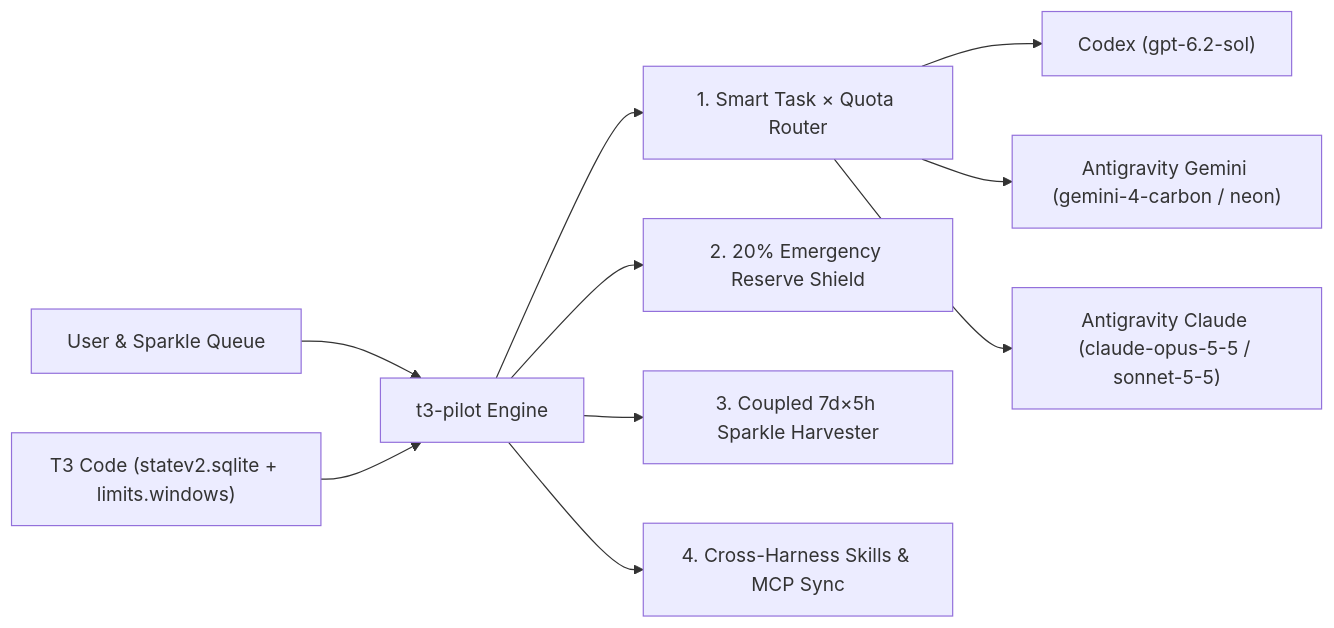
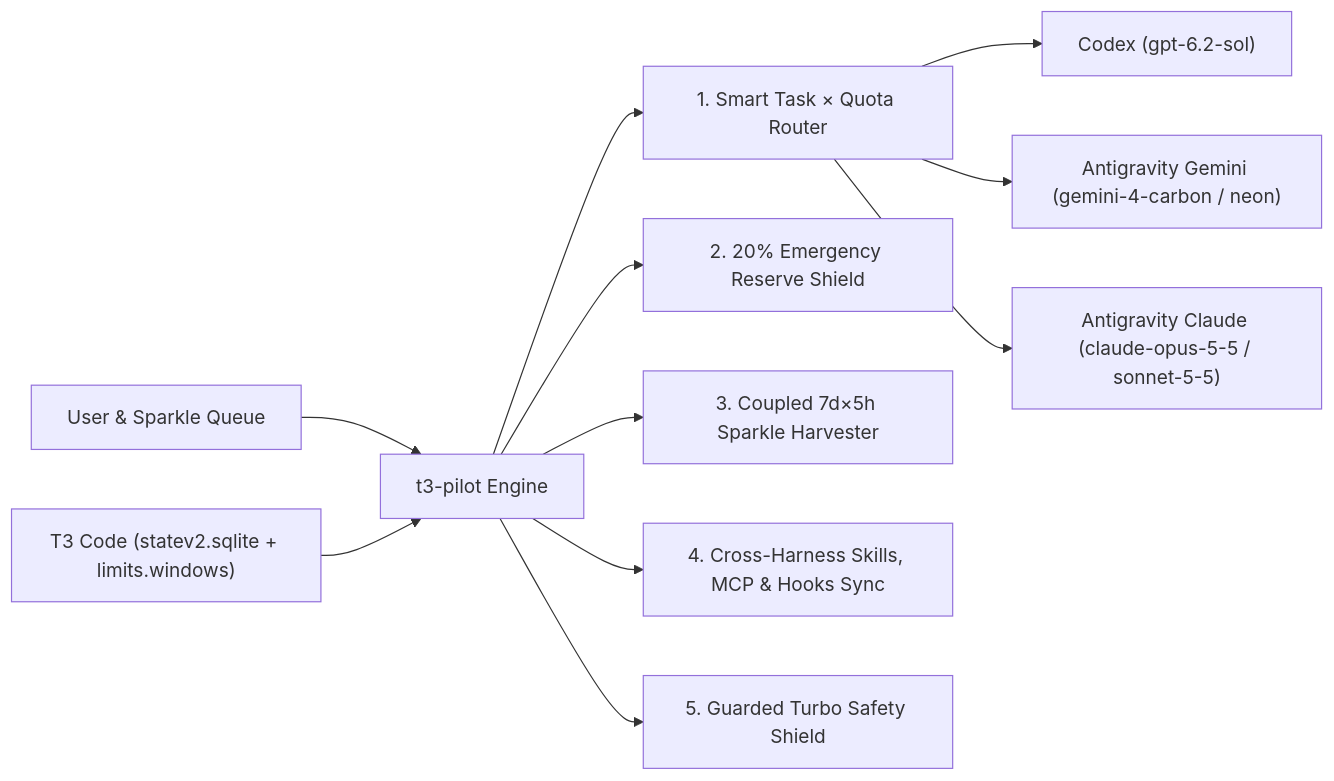
One commit to AgoodNA/t3-pilot changed the diagram in SPEC.md. Above: the diagram before and after it, drawn with Mermaid. The commit also changed other lines of this file and 20 other files, not shown here.

First line of the commit message:
feat(shield): fix rolling reset & Codex telemetry edge cases and add Guarded Turbo safety layer

````diff
--- a/SPEC.md
+++ b/SPEC.md
@@ -12,12 +12,13 @@
 ```mermaid
 flowchart LR
     U["User & Sparkle Queue"] --> P["t3-pilot Engine"]
     T3["T3 Code (statev2.sqlite + limits.windows)"] --> P
     P --> R1["1. Smart Task × Quota Router"]
     P --> R2["2. 20% Emergency Reserve Shield"]
     P --> R3["3. Coupled 7d×5h Sparkle Harvester"]
-    P --> R4["4. Cross-Harness Skills & MCP Sync"]
+    P --> R4["4. Cross-Harness Skills, MCP & Hooks Sync"]
+    P --> R5["5. Guarded Turbo Safety Shield"]
     R1 --> M1["Codex (gpt-6.2-sol)"]
     R1 --> M2["Antigravity Gemini (gemini-4-carbon / neon)"]
     R1 --> M3["Antigravity Claude (claude-opus-5-5 / sonnet-5-5)"]
 ```
````
